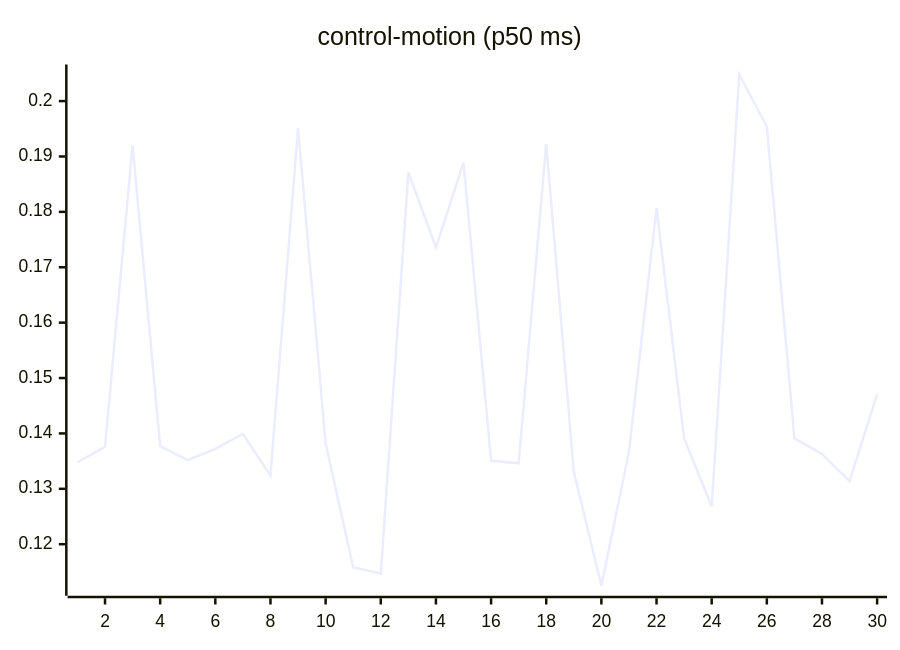
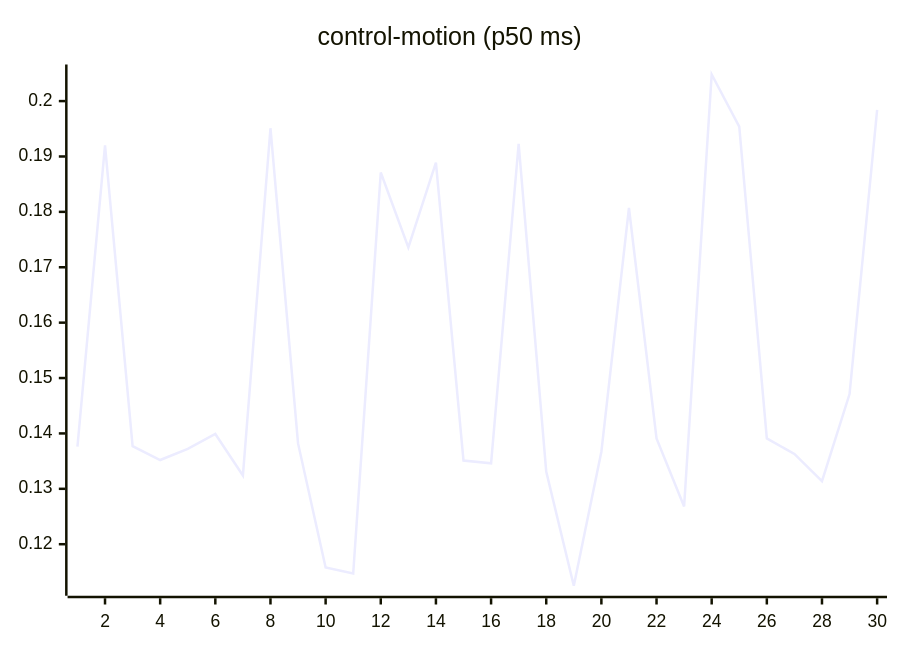
One commit to josha/Facet changed the seventh of 27 diagrams in README.md. Above: the diagram before and after it, drawn with Mermaid. The commit also changed other lines of this file and 2 other files, not shown here.

````diff
--- a/README.md
+++ b/README.md
@@ -105,6 +105,6 @@
 ```mermaid
 xychart-beta
     title "control-motion (p50 ms)"
     x-axis 1 --> 30
-    line [0.1348, 0.1376, 0.1920, 0.1377, 0.1352, 0.1372, 0.1399, 0.1324, 0.1951, 0.1382, 0.1158, 0.1147, 0.1871, 0.1736, 0.1889, 0.1351, 0.1346, 0.1923, 0.1331, 0.1125, 0.1367, 0.1807, 0.1391, 0.1268, 0.2048, 0.1954, 0.1391, 0.1363, 0.1314, 0.1471]
+    line [0.1376, 0.1920, 0.1377, 0.1352, 0.1372, 0.1399, 0.1324, 0.1951, 0.1382, 0.1158, 0.1147, 0.1871, 0.1736, 0.1889, 0.1351, 0.1346, 0.1923, 0.1331, 0.1125, 0.1367, 0.1807, 0.1391, 0.1268, 0.2048, 0.1954, 0.1391, 0.1363, 0.1314, 0.1471, 0.1984]
 ```
````
